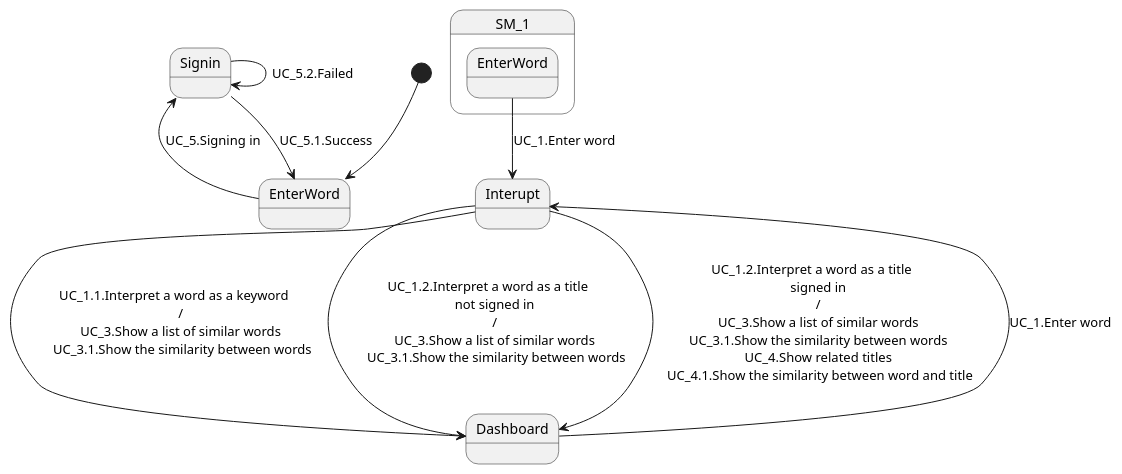
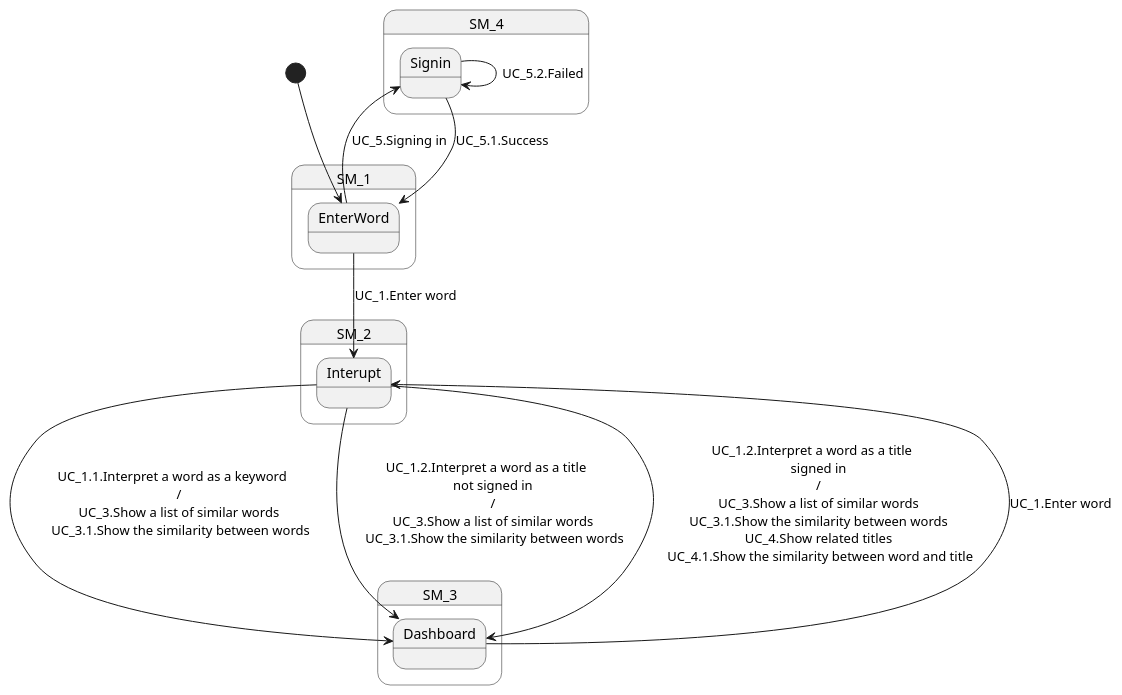
One commit to azarashin/Word2VecSOM changed the diagram in web/doc/state_chart/state.pu. Above: the diagram before and after it, drawn with PlantUML. The commit also changed 1 other file, not shown here.

```diff
--- a/web/doc/state_chart/state.pu
+++ b/web/doc/state_chart/state.pu
@@ -1,37 +1,37 @@
 @startuml
 
-[*] --> EnterWord
-SM_1.EnterWord --> Interupt : UC_1.Enter word
+[*] --> SM_1.EnterWord
+SM_1.EnterWord --> SM_2.Interupt : UC_1.Enter word
 
-Interupt --> Dashboard : \
+SM_2.Interupt --> SM_3.Dashboard : \
     UC_1.1.Interpret a word as a keyword \n\
     / \n\
     UC_3.Show a list of similar words \n\
     UC_3.1.Show the similarity between words
 
-Interupt --> Dashboard : \
+SM_2.Interupt --> SM_3.Dashboard : \
     UC_1.2.Interpret a word as a title \n\
     not signed in \n\
     / \n\
     UC_3.Show a list of similar words \n\
     UC_3.1.Show the similarity between words
 
-Interupt --> Dashboard : \
+SM_2.Interupt --> SM_3.Dashboard : \
     UC_1.2.Interpret a word as a title \n\
     signed in \n\
     / \n\
     UC_3.Show a list of similar words \n\
     UC_3.1.Show the similarity between words \n\
     UC_4.Show related titles \n\
     UC_4.1.Show the similarity between word and title
 
 
 
-Dashboard --> Interupt : UC_1.Enter word
+SM_3.Dashboard --> SM_2.Interupt : UC_1.Enter word
 
-EnterWord -up-> Signin : UC_5.Signing in
-Signin --> EnterWord : UC_5.1.Success
-Signin --> Signin : UC_5.2.Failed
+SM_1.EnterWord -up-> SM_4.Signin : UC_5.Signing in
+SM_4.Signin --> SM_1.EnterWord : UC_5.1.Success
+SM_4.Signin --> SM_4.Signin : UC_5.2.Failed
 
 
 @enduml
```
